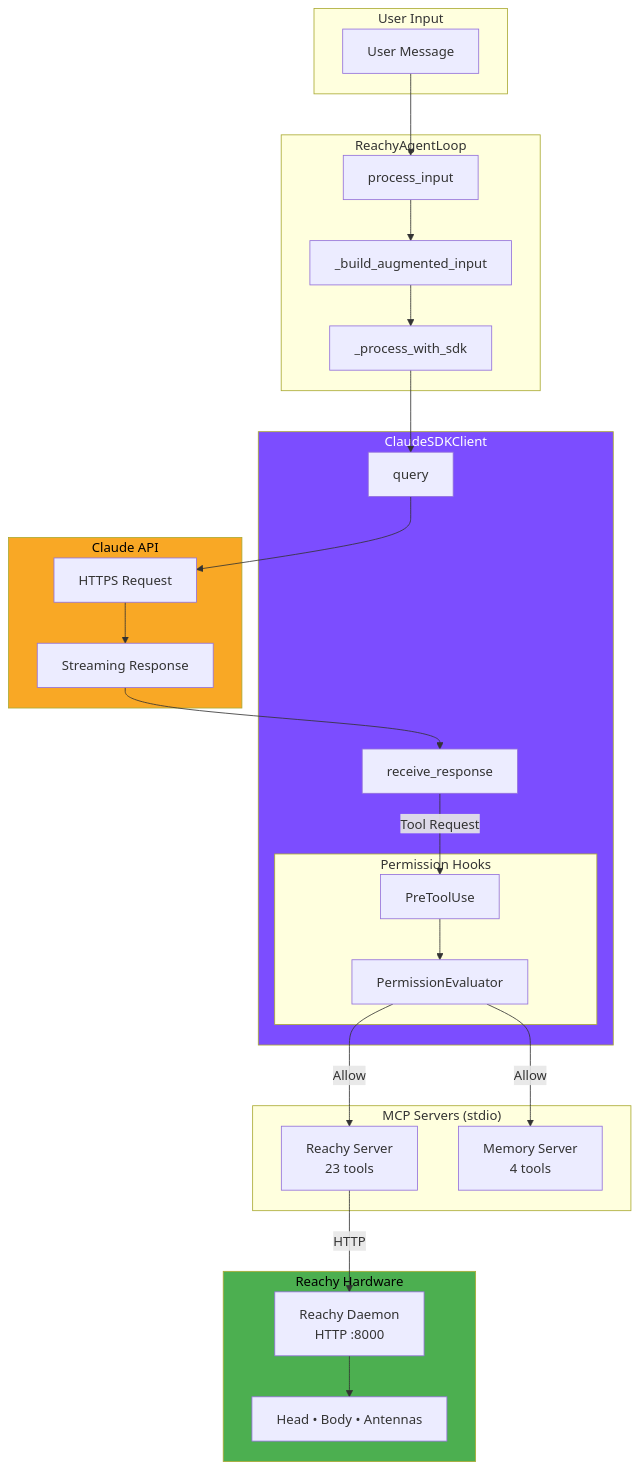
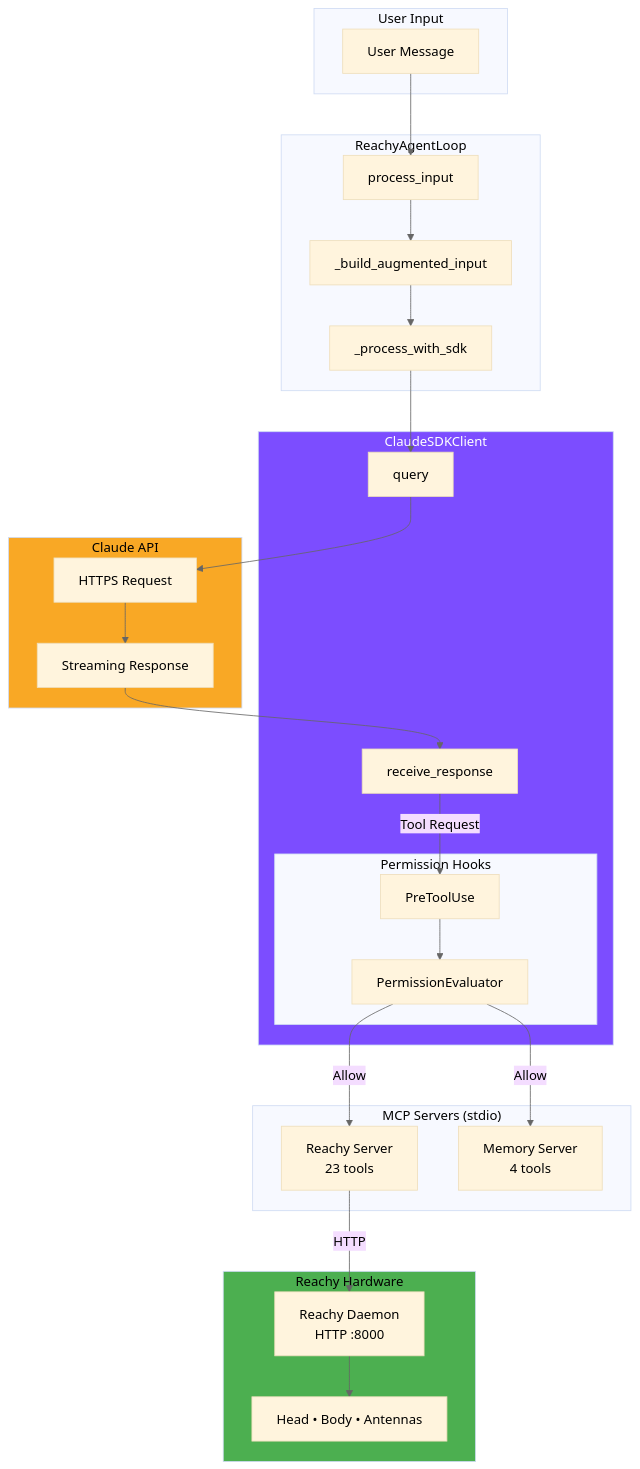
One commit to jawhnycooke/claude-in-the-shell changed the third of 3 diagrams in docs/architecture/agent-loop.md. Above: the diagram before and after it, drawn with Mermaid. The commit also changed other lines of this file, not shown here.

Commit message:
Use base theme with black text for all Mermaid diagrams

````diff
--- a/docs/architecture/agent-loop.md
+++ b/docs/architecture/agent-loop.md
@@ -231,57 +233,58 @@
 ```mermaid
+%%{init: {'theme': 'base', 'themeVariables': { 'primaryTextColor': '#000', 'secondaryTextColor': '#000', 'tertiaryTextColor': '#000', 'lineColor': '#666'}}}%%
 flowchart TB
     subgraph Input["User Input"]
         USER[User Message]
     end
 
     subgraph Agent["ReachyAgentLoop"]
         PROCESS[process_input]
         AUGMENT[_build_augmented_input]
         SDK_PROCESS[_process_with_sdk]
     end
 
     subgraph SDK["ClaudeSDKClient"]
         QUERY[query]
         STREAM[receive_response]
 
         subgraph Hooks["Permission Hooks"]
             PRE[PreToolUse]
             EVAL[PermissionEvaluator]
         end
     end
 
     subgraph Claude["Claude API"]
         API[HTTPS Request]
         RESPONSE[Streaming Response]
     end
 
     subgraph MCP["MCP Servers (stdio)"]
         REACHY_MCP[Reachy Server<br/>23 tools]
         MEMORY_MCP[Memory Server<br/>4 tools]
     end
 
     subgraph Hardware["Reachy Hardware"]
         DAEMON[Reachy Daemon<br/>HTTP :8000]
         ROBOT[Head • Body • Antennas]
     end
 
     USER --> PROCESS
     PROCESS --> AUGMENT
     AUGMENT --> SDK_PROCESS
     SDK_PROCESS --> QUERY
     QUERY --> API
     API --> RESPONSE
     RESPONSE --> STREAM
 
     STREAM -->|Tool Request| PRE
     PRE --> EVAL
     EVAL -->|Allow| REACHY_MCP
     EVAL -->|Allow| MEMORY_MCP
 
     REACHY_MCP -->|HTTP| DAEMON
     DAEMON --> ROBOT
 
     style SDK fill:#7c4dff,color:#fff
-    style Claude fill:#f9a825,color:#000
-    style Hardware fill:#4caf50,color:#000
+    style Claude fill:#f9a825
+    style Hardware fill:#4caf50
 ```
````
